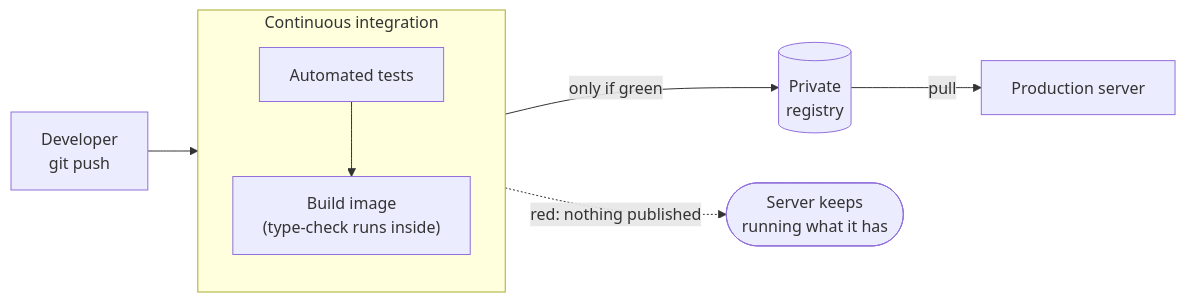
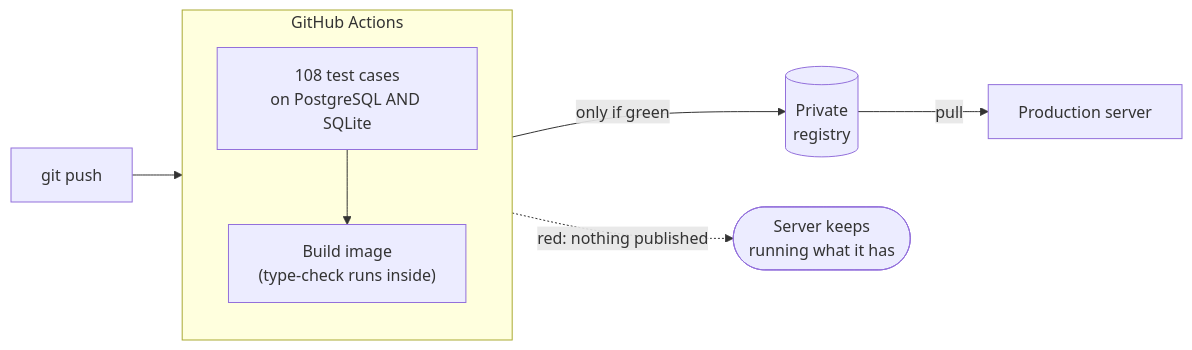
One commit to ahmaadmohdd/Rum-HR-System-Showcase changed the third of 3 diagrams in README.md. Above: the diagram before and after it, drawn with Mermaid. The commit also changed other lines of this file and 1 other file, not shown here.

````diff
--- a/README.md
+++ b/README.md
@@ -136,14 +145,13 @@
 ```mermaid
 flowchart LR
-    DEV["Developer<br/>git push"] --> CI
+    DEV["git push"] --> CI
 
-    subgraph CI["Continuous integration"]
+    subgraph CI["GitHub Actions"]
         direction TB
-        T1["Automated tests"] --> B["Build image<br/>(type-check runs inside)"]
+        T1["108 test cases<br/>on PostgreSQL AND SQLite"] --> B["Build image<br/>(type-check runs inside)"]
     end
 
     CI -->|only if green| REG[("Private<br/>registry")]
     REG -->|pull| PROD["Production server"]
-
     CI -.->|red: nothing published| X(["Server keeps<br/>running what it has"])
 ```
````
